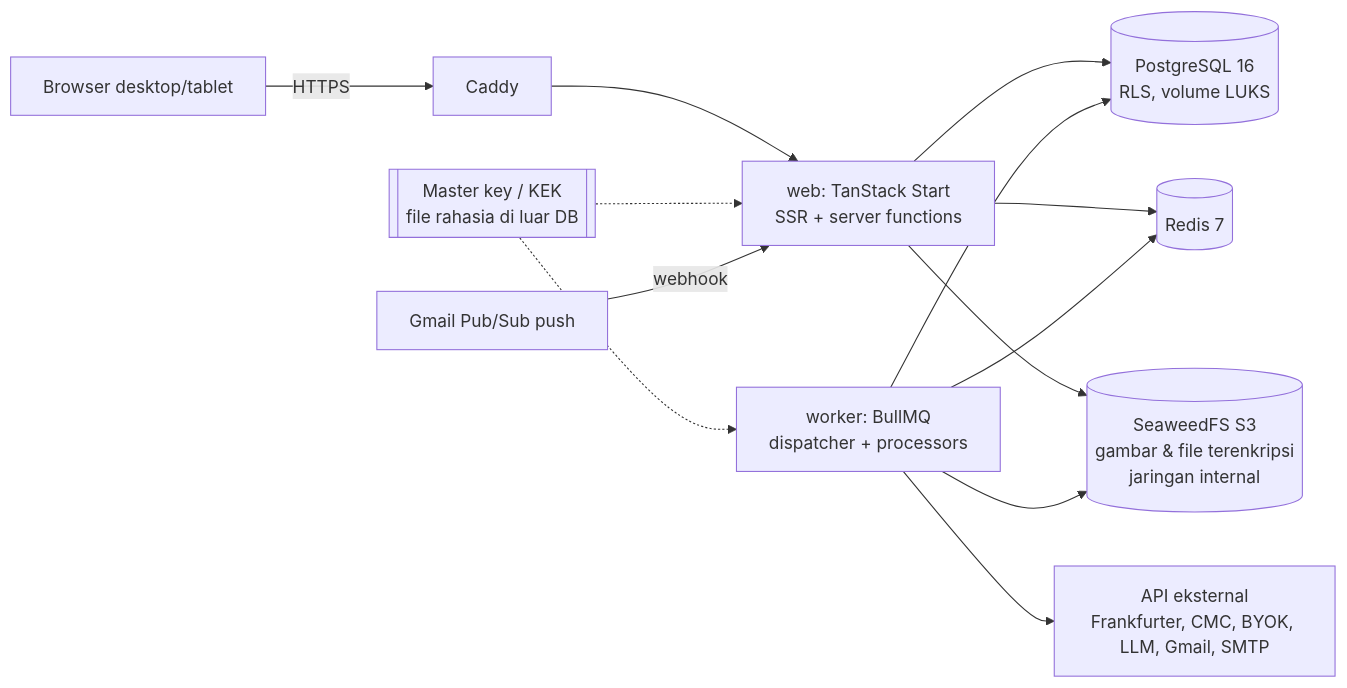
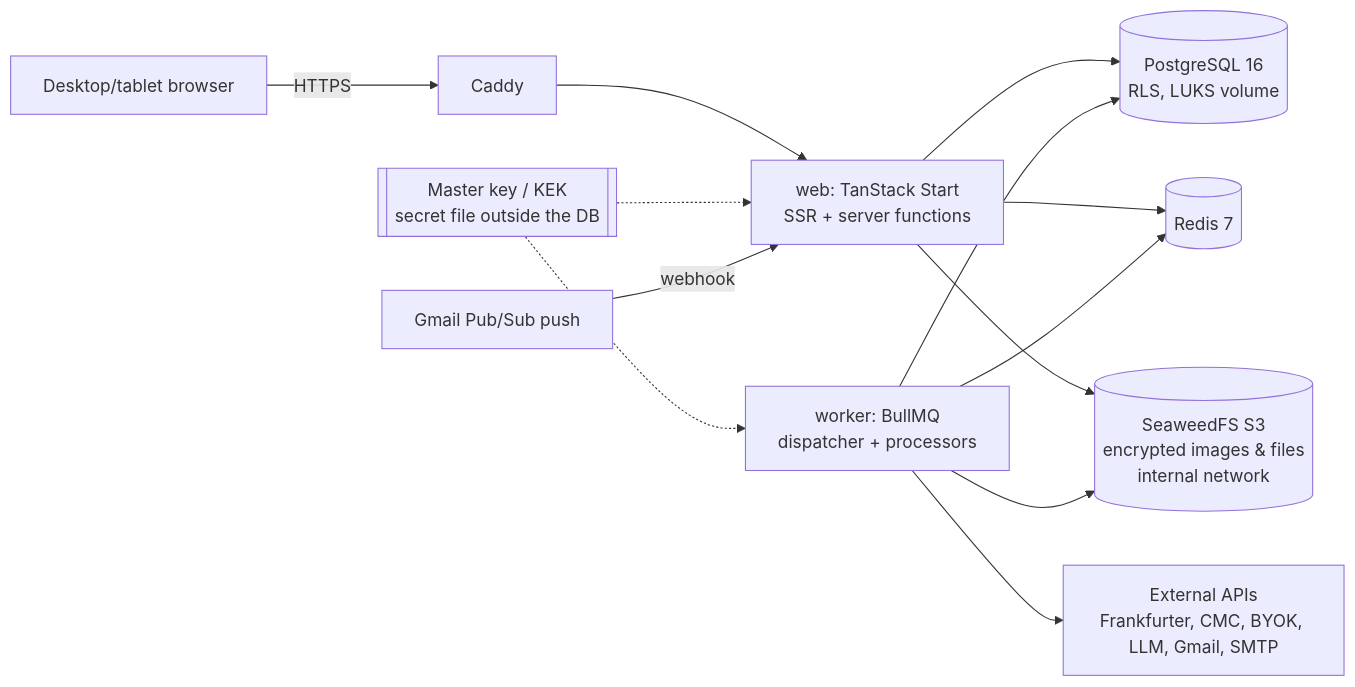
Before and after one commit to avtara/write.financial: the first of 2 diagrams in docs/IMPLEMENTATION_PLAN.md, drawn with Mermaid. The commit also changed other lines of this file and 11 other files, not shown here.

````diff
--- a/docs/IMPLEMENTATION_PLAN.md
+++ b/docs/IMPLEMENTATION_PLAN.md
@@ -11,15 +11,15 @@
 ```mermaid
 flowchart LR
-  B[Browser desktop/tablet] -->|HTTPS| C[Caddy]
+  B[Desktop/tablet browser] -->|HTTPS| C[Caddy]
   C --> W[web: TanStack Start<br/>SSR + server functions]
-  W --> PG[(PostgreSQL 16<br/>RLS, volume LUKS)]
+  W --> PG[(PostgreSQL 16<br/>RLS, LUKS volume)]
   W --> R[(Redis 7)]
   K[worker: BullMQ<br/>dispatcher + processors] --> R
   K --> PG
-  K --> X[API eksternal<br/>Frankfurter, CMC, BYOK, LLM, Gmail, SMTP]
-  W --> S[(SeaweedFS S3<br/>gambar & file terenkripsi<br/>jaringan internal)]
+  K --> X[External APIs<br/>Frankfurter, CMC, BYOK, LLM, Gmail, SMTP]
+  W --> S[(SeaweedFS S3<br/>encrypted images & files<br/>internal network)]
   K --> S
-  KMS[[Master key / KEK<br/>file rahasia di luar DB]] -.-> W
+  KMS[[Master key / KEK<br/>secret file outside the DB]] -.-> W
   KMS -.-> K
   G[Gmail Pub/Sub push] -->|webhook| W
 ```
````
